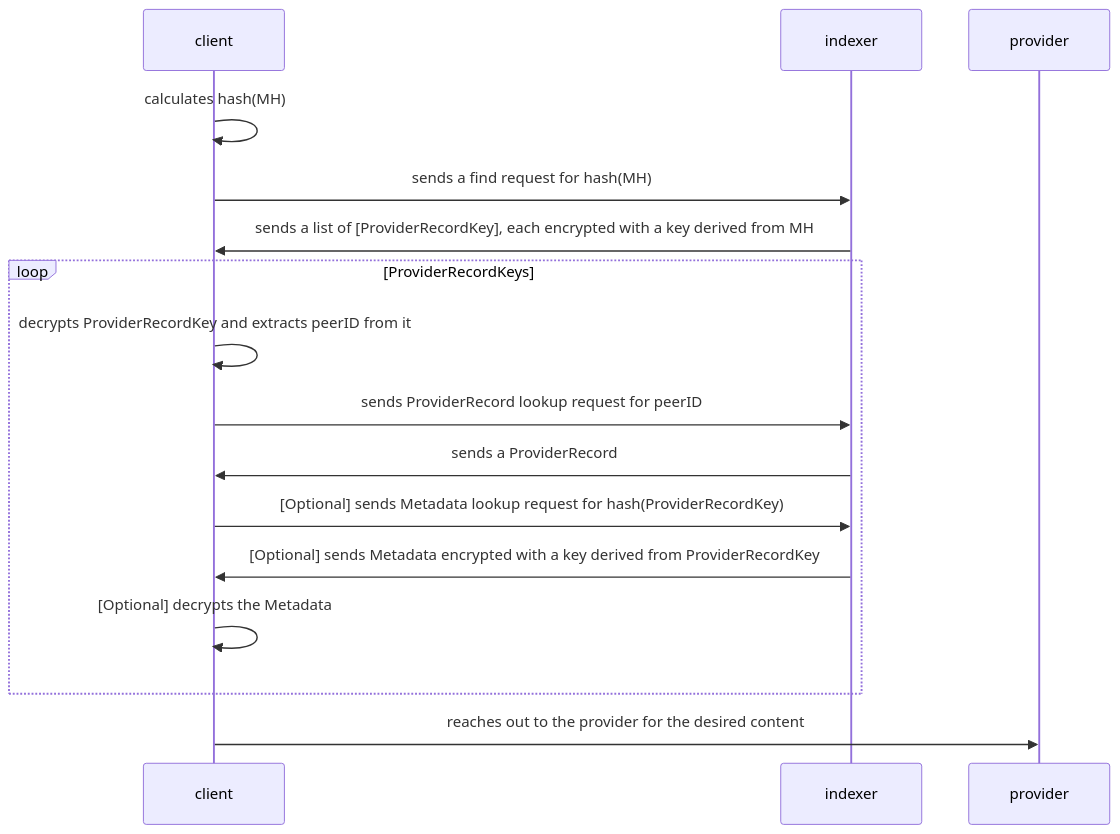
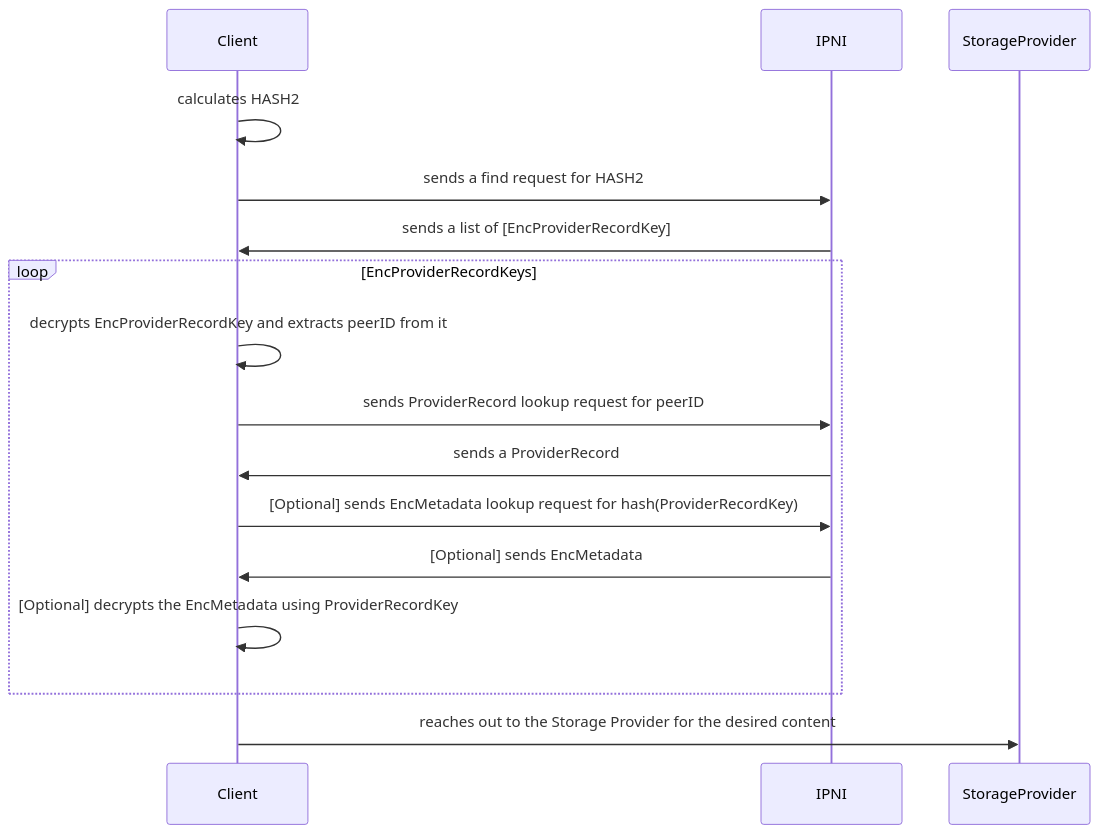
One commit to ipni/specs changed the diagram in reader-privacy.md. Above: the diagram before and after it, drawn with Mermaid. The commit also changed other lines of this file, not shown here.

````diff
--- a/reader-privacy.md
+++ b/reader-privacy.md
@@ -113,18 +143,18 @@
 ```mermaid
 sequenceDiagram
-    participant client
-    participant indexer
-    participant provider
-    client->>client: calculates hash(MH)
-    client->>indexer: sends a find request for hash(MH)
-    indexer->>client: sends a list of [ProviderRecordKey], each encrypted with a key derived from MH
-    loop ProviderRecordKeys
-        client->>client: decrypts ProviderRecordKey and extracts peerID from it
-        client->>indexer: sends ProviderRecord lookup request for peerID
-        indexer->>client: sends a ProviderRecord
-        client->>indexer: [Optional] sends Metadata lookup request for hash(ProviderRecordKey) 
-        indexer->>client: [Optional] sends Metadata encrypted with a key derived from ProviderRecordKey
-        client->>client: [Optional] decrypts the Metadata
+    participant Client
+    participant IPNI
+    participant StorageProvider
+    Client->>Client: calculates HASH2
+    Client->>IPNI: sends a find request for HASH2
+    IPNI->>Client: sends a list of [EncProviderRecordKey]
+    loop EncProviderRecordKeys
+        Client->>Client: decrypts EncProviderRecordKey and extracts peerID from it
+        Client->>IPNI: sends ProviderRecord lookup request for peerID
+        IPNI->>Client: sends a ProviderRecord
+        Client->>IPNI: [Optional] sends EncMetadata lookup request for hash(ProviderRecordKey) 
+        IPNI->>Client: [Optional] sends EncMetadata
+        Client->>Client: [Optional] decrypts the EncMetadata using ProviderRecordKey
     end
-    client->>provider: reaches out to the provider for the desired content
+    Client->>StorageProvider: reaches out to the Storage Provider for the desired content
 ```
````
